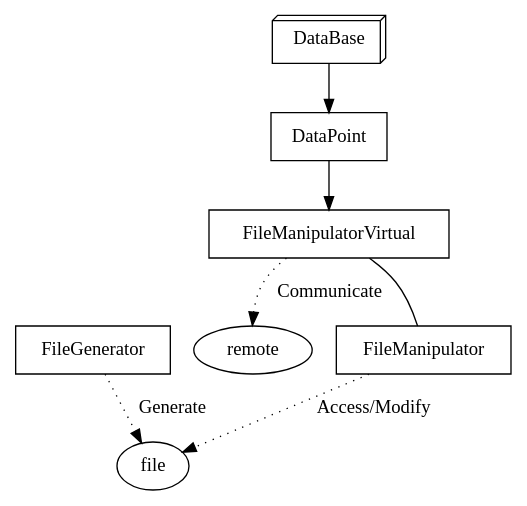
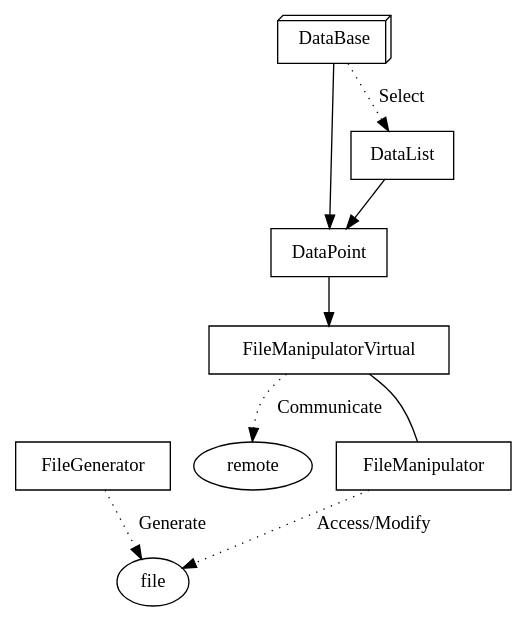
Before and after one commit to MenxLi/Lires: the first of 2 diagrams in 开发说明.md, drawn with Graphviz. The commit also changed other lines of this file, not shown here.

Commit message:
doc: more graph

````diff
--- a/开发说明.md
+++ b/开发说明.md
@@ -27,21 +28,25 @@
 ```dot
-digraph DataClass{
+digraph DataGraph{
     node [shape=box]
     compound=true
     subgraph FileSys{
         file [shape=ellipse]
         remote [shape=ellipse]
         FileGenerator -> file [style=dotted, label="Generate"]
         FileManipulator -> file [style=dotted, label="Access/Modify"]
-        FileManipulatorVirtual -> FileManipulator [arrowhead="none"]
+        FileManipulatorVirtual -> FileManipulator [dir=none]
         FileManipulatorVirtual -> remote [style=dotted, label="Communicate"]
     }
     subgraph DataSys{
         DataBase [shape=box3d]
         DataBase -> DataPoint 
+        //DataBase -> dict [dir=none]
+        DataBase -> DataList [style=dotted, label="Select"]
+        DataList -> DataPoint
+        //DataList -> list [dir=none]
         DataPoint -> FileManipulatorVirtual
         //DataTags
         //DataList
     }
 }
 ```
````
